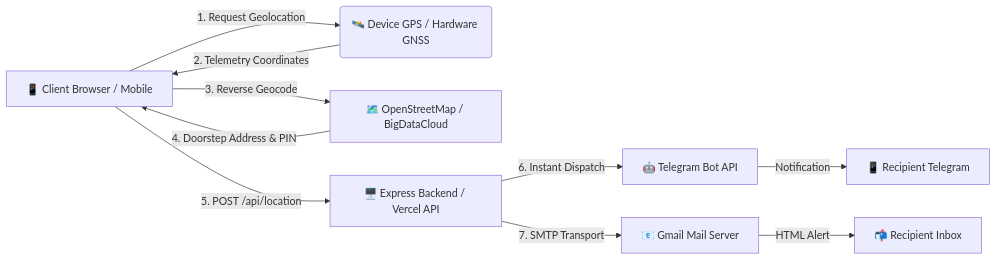
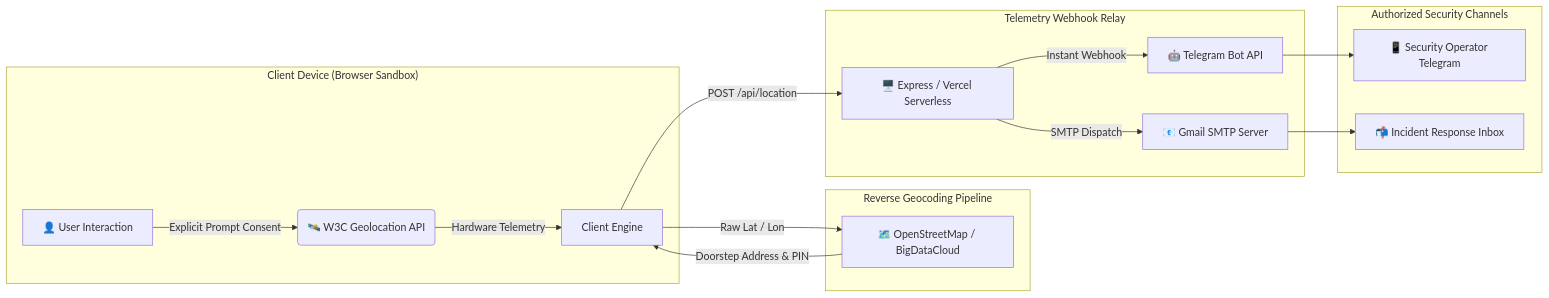
Before and after one commit to Zwitter01/locuswebhook: the diagram in README.md, drawn with Mermaid. The commit also changed other lines of this file and 7 other files, not shown here.

Commit message:
sec: sanitize all hardcoded credentials and position repo as Security Awareness PoC & Telemetry Webhook Relay

````diff
--- a/README.md
+++ b/README.md
@@ -59,12 +61,23 @@
 ```mermaid
 flowchart LR
-    A[📱 Client Browser / Mobile] -->|1. Request Geolocation| B(🛰️ Device GPS / Hardware GNSS)
-    B -->|2. Telemetry Coordinates| A
-    A -->|3. Reverse Geocode| C[🗺️ OpenStreetMap / BigDataCloud]
-    C -->|4. Doorstep Address & PIN| A
-    A -->|5. POST /api/location| D[🖥️ Express Backend / Vercel API]
-    D -->|6. Instant Dispatch| E[🤖 Telegram Bot API]
-    D -->|7. SMTP Transport| F[📧 Gmail Mail Server]
-    E -->|Notification| G[📱 Recipient Telegram]
-    F -->|HTML Alert| H[📬 Recipient Inbox]
+    subgraph Client ["Client Device (Browser Sandbox)"]
+        A[👤 User Interaction] -->|Explicit Prompt Consent| B(🛰️ W3C Geolocation API)
+        B -->|Hardware Telemetry| C[Client Engine]
+    end
+
+    subgraph Geocoding ["Reverse Geocoding Pipeline"]
+        C -->|Raw Lat / Lon| D[🗺️ OpenStreetMap / BigDataCloud]
+        D -->|Doorstep Address & PIN| C
+    end
+
+    subgraph Relay ["Telemetry Webhook Relay"]
+        C -->|POST /api/location| E[🖥️ Express / Vercel Serverless]
+        E -->|Instant Webhook| F[🤖 Telegram Bot API]
+        E -->|SMTP Dispatch| G[📧 Gmail SMTP Server]
+    end
+
+    subgraph Endpoints ["Authorized Security Channels"]
+        F --> H[📱 Security Operator Telegram]
+        G --> I[📬 Incident Response Inbox]
+    end
 ```
````
